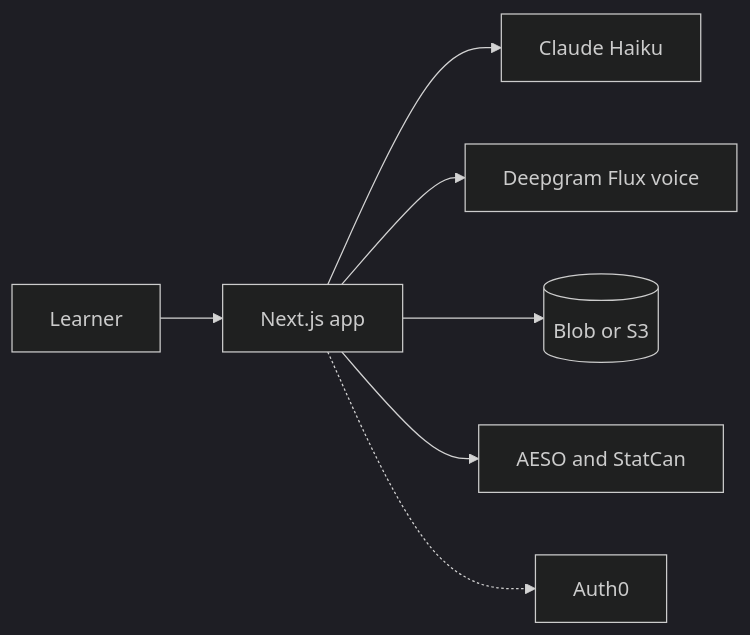
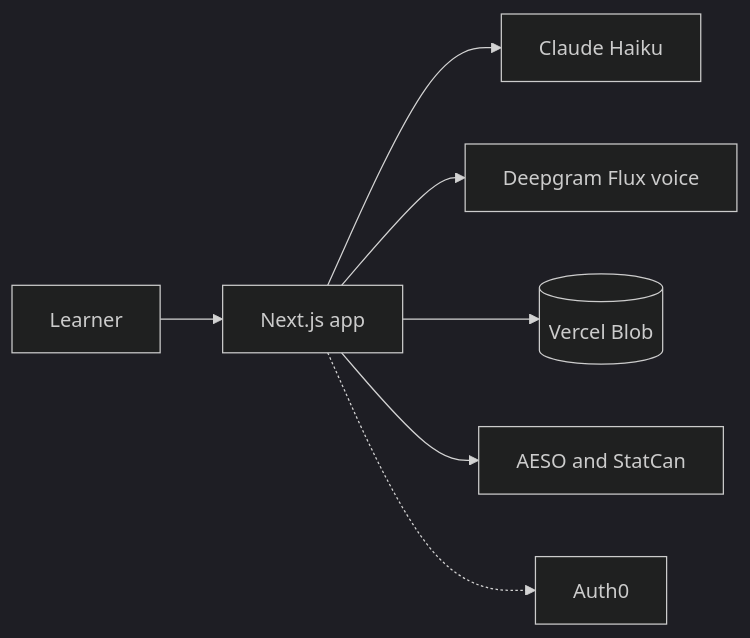
The diagram in README.md (the-both-of-us/2026HTC), drawn with Mermaid (dark theme) before and after one commit. The commit also changed other lines of this file and 171 other files, not shown here.

````diff
--- a/README.md
+++ b/README.md
@@ -37,9 +38,9 @@
 ```mermaid
 flowchart LR
   U[Learner] --> App[Next.js app]
   App --> AI[Claude Haiku]
   App --> V[Deepgram Flux voice]
-  App --> S[(Blob or S3)]
+  App --> S[(Vercel Blob)]
   App --> D[AESO and StatCan]
   App -.-> A[Auth0]
 ```
````
